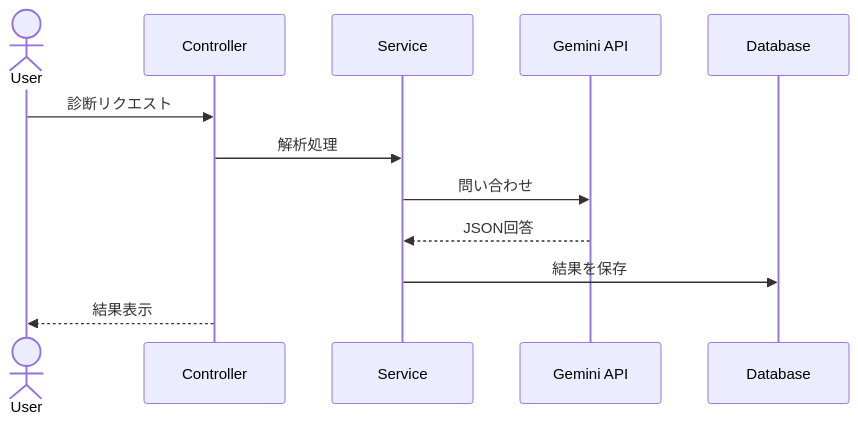
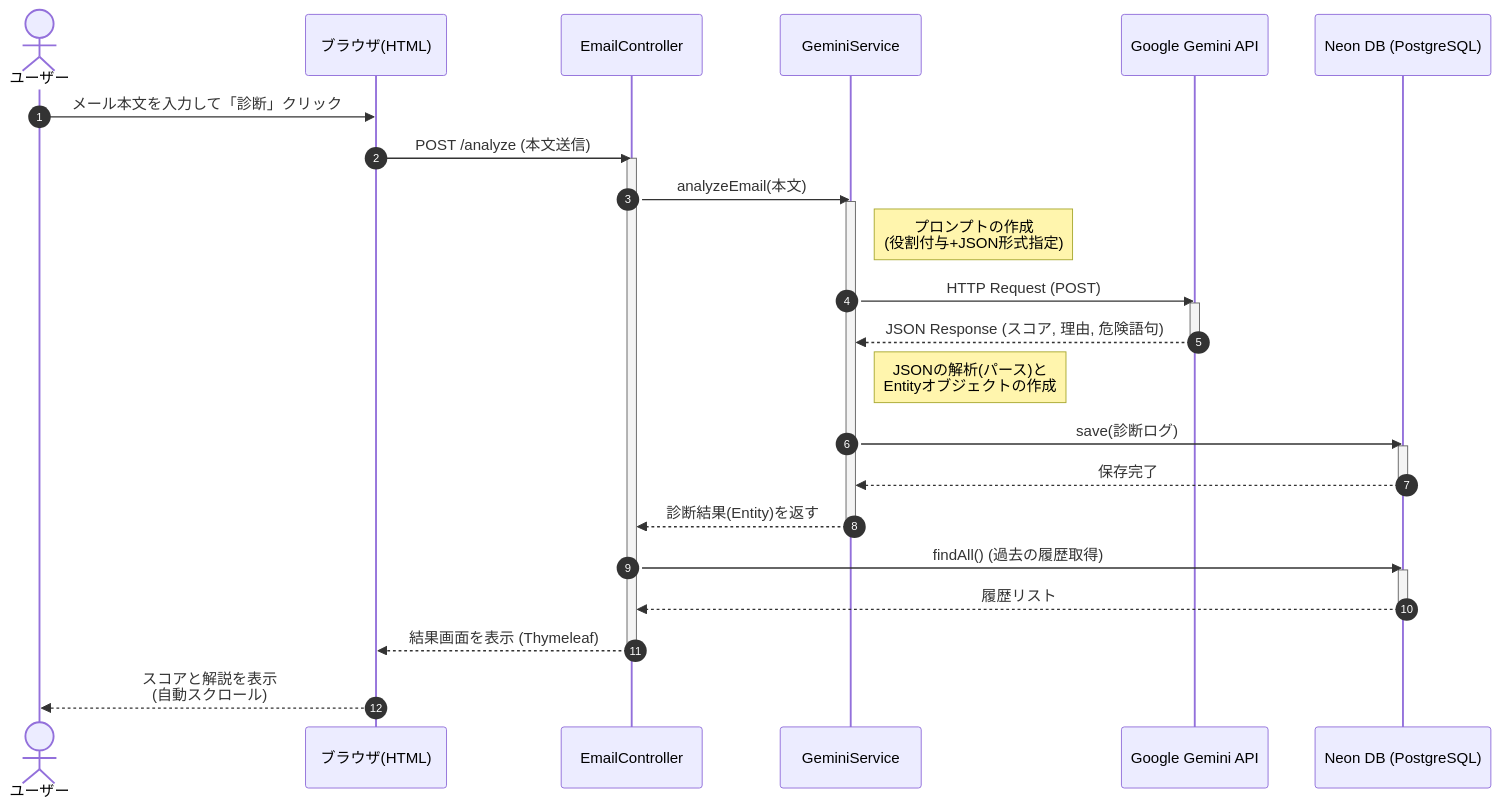
Before and after one commit to tototo878742/email-checker: the second of 2 diagrams in README.md, drawn with Mermaid. The commit also changed other lines of this file, not shown here.

````diff
--- a/README.md
+++ b/README.md
@@ -78,15 +91,46 @@
 ```mermaid
 sequenceDiagram
-    actor User
-    participant Ctrl as Controller
-    participant Svc as Service
-    participant API as Gemini API
-    participant DB as Database
+    autonumber
+    actor User as ユーザー
+    participant View as ブラウザ(HTML)
+    participant Ctrl as EmailController
+    participant Svc as GeminiService
+    participant API as Google Gemini API
+    participant DB as Neon DB (PostgreSQL)
 
-    User->>Ctrl: 診断リクエスト
-    Ctrl->>Svc: 解析処理
-    Svc->>API: 問い合わせ
-    API-->>Svc: JSON回答
-    Svc->>DB: 結果を保存
-    Ctrl-->>User: 結果表示
+    %% 診断フロー開始
+    User->>View: メール本文を入力して「診断」クリック
+    View->>Ctrl: POST /analyze (本文送信)
+    
+    activate Ctrl
+    Ctrl->>Svc: analyzeEmail(本文)
+    
+    activate Svc
+    Note right of Svc: プロンプトの作成<br>(役割付与+JSON形式指定)
+    
+    Svc->>API: HTTP Request (POST)
+    activate API
+    API-->>Svc: JSON Response (スコア, 理由, 危険語句)
+    deactivate API
+    
+    Note right of Svc: JSONの解析(パース)と<br>Entityオブジェクトの作成
+    
+    Svc->>DB: save(診断ログ)
+    activate DB
+    DB-->>Svc: 保存完了
+    deactivate DB
+    
+    Svc-->>Ctrl: 診断結果(Entity)を返す
+    deactivate Svc
+
+    %% 履歴の再取得
+    Ctrl->>DB: findAll() (過去の履歴取得)
+    activate DB
+    DB-->>Ctrl: 履歴リスト
+    deactivate DB
+
+    Ctrl-->>View: 結果画面を表示 (Thymeleaf)
+    deactivate Ctrl
+    
+    View-->>User: スコアと解説を表示<br>(自動スクロール)
 ```
````
